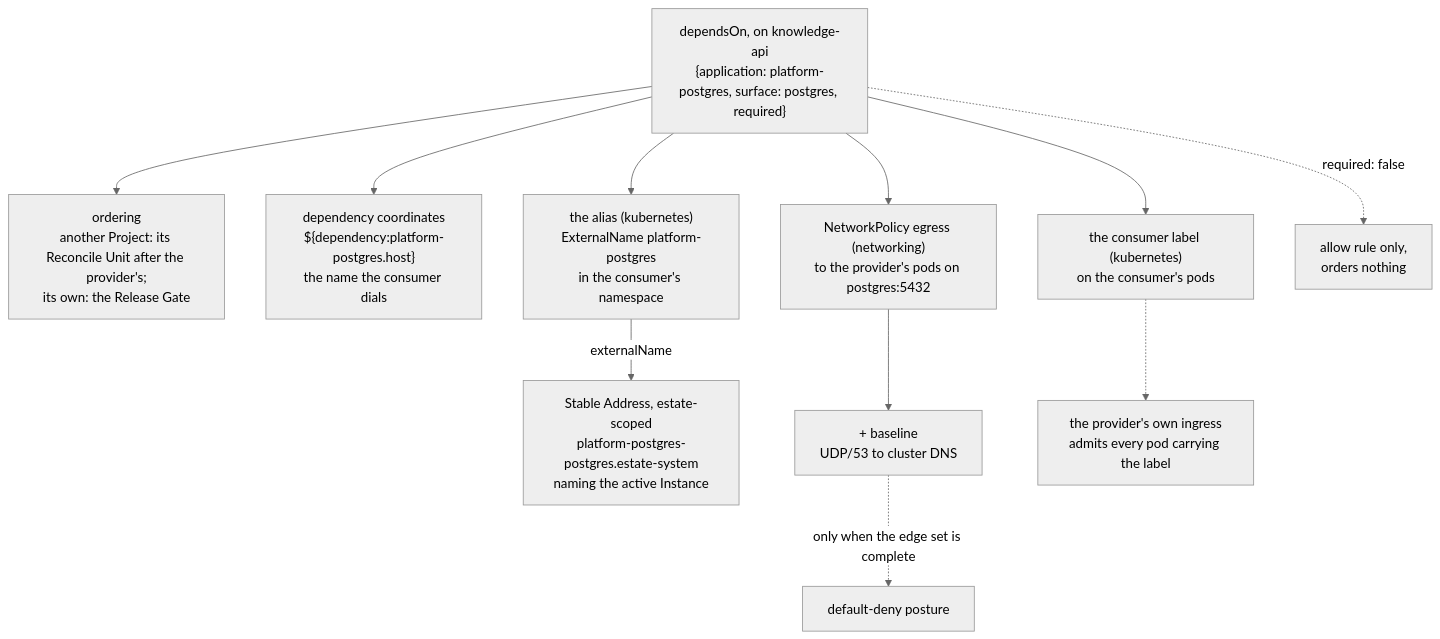
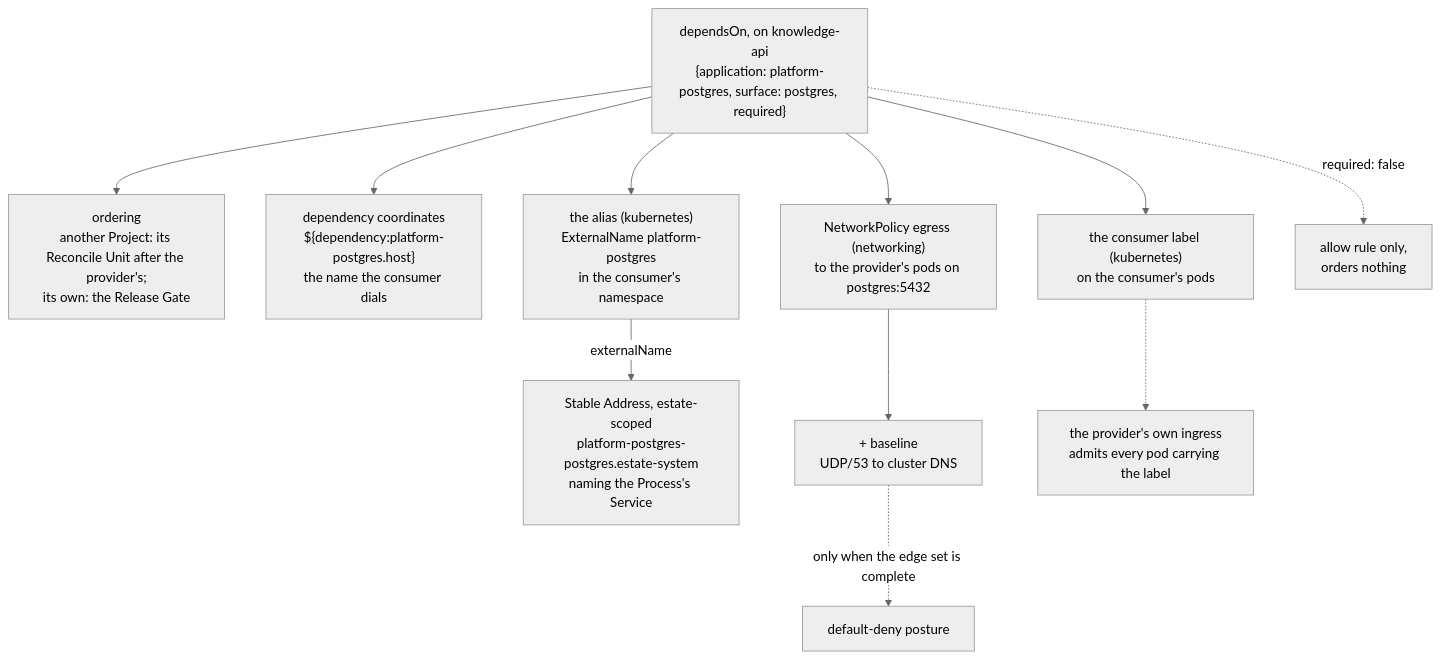
The first of 3 diagrams in spec/v1/16-dependencies.md (JorisJonkers-dev/deploy-kit), drawn with Mermaid (neutral theme) before and after one commit. The commit also changed other lines of this file and 111 other files, not shown here.

````diff
--- a/spec/v1/16-dependencies.md
+++ b/spec/v1/16-dependencies.md
@@ -1192,17 +1166,17 @@
 ```mermaid
 flowchart TB
     E["dependsOn, on knowledge-api<br/>{application: platform-postgres, surface: postgres, required}"]
 
     E --> O1["ordering<br/>another Project: its Reconcile Unit after the provider's;<br/>its own: the Release Gate"]
     E --> O2["dependency coordinates<br/>${dependency:platform-postgres.host}<br/>the name the consumer dials"]
     E --> O3["the alias (kubernetes)<br/>ExternalName platform-postgres<br/>in the consumer's namespace"]
     E --> O4["NetworkPolicy egress (networking)<br/>to the provider's pods on postgres:5432"]
     E --> O5["the consumer label (kubernetes)<br/>on the consumer's pods"]
 
     E -.->|"required: false"| N1["allow rule only,<br/>orders nothing"]
 
-    O3 -->|"externalName"| SA["Stable Address, estate-scoped<br/>platform-postgres-postgres.estate-system<br/>naming the active Instance"]
+    O3 -->|"externalName"| SA["Stable Address, estate-scoped<br/>platform-postgres-postgres.estate-system<br/>naming the Process's Service"]
     O4 --> B["+ baseline<br/>UDP/53 to cluster DNS"]
     B -.->|"only when the edge set is complete"| D["default-deny posture"]
     O5 -.-> PI["the provider's own ingress<br/>admits every pod carrying the label"]
 ```
````
